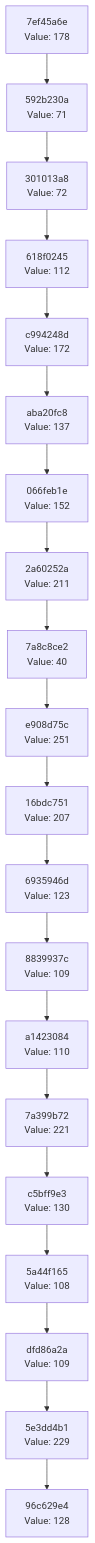
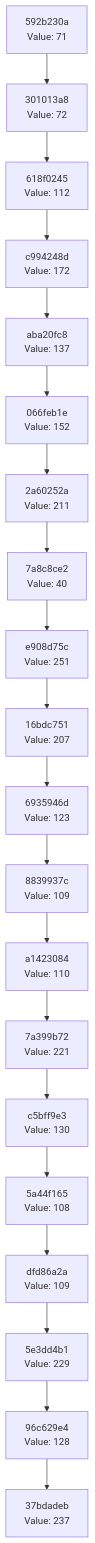
One commit to Abhisheksinha1506/hash-chain-evolver changed the diagram in docs/CHAIN_VISUALIZATION.md. Above: the diagram before and after it, drawn with Mermaid. The commit also changed 2 other files, not shown here.

Commit message:
Evolution Step

````diff
--- a/docs/CHAIN_VISUALIZATION.md
+++ b/docs/CHAIN_VISUALIZATION.md
@@ -3,42 +3,42 @@
 ```mermaid
 graph TD
-    C0["96c629e4<br/>Value: 128"]
-    C1["5e3dd4b1<br/>Value: 229"]
+    C0["37bdadeb<br/>Value: 237"]
+    C1["96c629e4<br/>Value: 128"]
     C1 --> C0
-    C2["dfd86a2a<br/>Value: 109"]
+    C2["5e3dd4b1<br/>Value: 229"]
     C2 --> C1
-    C3["5a44f165<br/>Value: 108"]
+    C3["dfd86a2a<br/>Value: 109"]
     C3 --> C2
-    C4["c5bff9e3<br/>Value: 130"]
+    C4["5a44f165<br/>Value: 108"]
     C4 --> C3
-    C5["7a399b72<br/>Value: 221"]
+    C5["c5bff9e3<br/>Value: 130"]
     C5 --> C4
-    C6["a1423084<br/>Value: 110"]
+    C6["7a399b72<br/>Value: 221"]
     C6 --> C5
-    C7["8839937c<br/>Value: 109"]
+    C7["a1423084<br/>Value: 110"]
     C7 --> C6
-    C8["6935946d<br/>Value: 123"]
+    C8["8839937c<br/>Value: 109"]
     C8 --> C7
-    C9["16bdc751<br/>Value: 207"]
+    C9["6935946d<br/>Value: 123"]
     C9 --> C8
-    C10["e908d75c<br/>Value: 251"]
+    C10["16bdc751<br/>Value: 207"]
     C10 --> C9
-    C11["7a8c8ce2<br/>Value: 40"]
+    C11["e908d75c<br/>Value: 251"]
     C11 --> C10
-    C12["2a60252a<br/>Value: 211"]
+    C12["7a8c8ce2<br/>Value: 40"]
     C12 --> C11
-    C13["066feb1e<br/>Value: 152"]
+    C13["2a60252a<br/>Value: 211"]
     C13 --> C12
-    C14["aba20fc8<br/>Value: 137"]
+    C14["066feb1e<br/>Value: 152"]
     C14 --> C13
-    C15["c994248d<br/>Value: 172"]
+    C15["aba20fc8<br/>Value: 137"]
     C15 --> C14
-    C16["618f0245<br/>Value: 112"]
+    C16["c994248d<br/>Value: 172"]
     C16 --> C15
-    C17["301013a8<br/>Value: 72"]
+    C17["618f0245<br/>Value: 112"]
     C17 --> C16
-    C18["592b230a<br/>Value: 71"]
+    C18["301013a8<br/>Value: 72"]
     C18 --> C17
-    C19["7ef45a6e<br/>Value: 178"]
+    C19["592b230a<br/>Value: 71"]
     C19 --> C18
 ```
````
